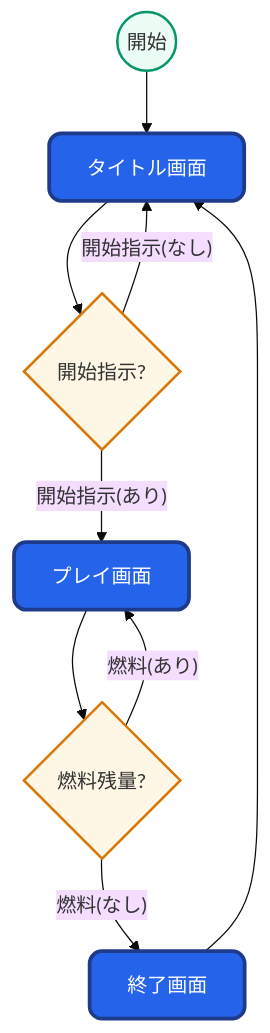
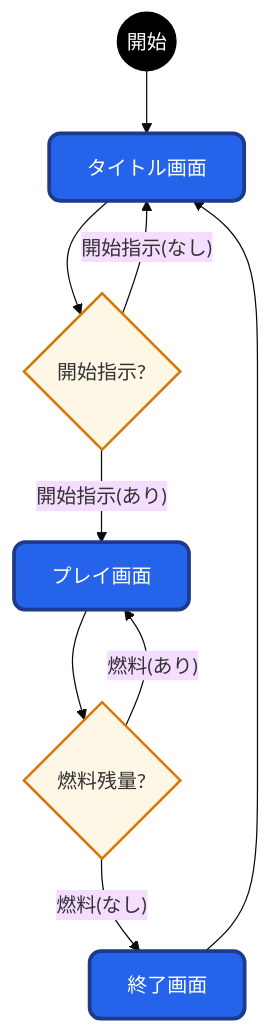
The third of 7 diagrams in ゲーム/01_MechBullets/README/30_シーン管理.MD (kureha001/MMP), drawn with Mermaid (base theme) before and after one commit. The commit also changed other lines of this file and 1 other file, not shown here.

````diff
--- a/ゲーム/01_MechBullets/README/30_シーン管理.MD
+++ b/ゲーム/01_MechBullets/README/30_シーン管理.MD
@@ -60,22 +67,27 @@
 ```mermaid
 flowchart TB
-classDef highlight fill:#2563eb,color:#ffffff,stroke:#1e3a8a,stroke-width:3px,rx:10,ry:10;
-classDef decision  fill:#fff7e6,stroke:#d97706,stroke-width:2px;
-classDef startNode fill:#ecfdf5,stroke:#059669,stroke-width:2px,rx:10,ry:10;
+%% ==== 書式 ====
+classDef 開始 fill:#000000,color:#ffffff,stroke:#000000;
+classDef 画面 fill:#2563eb,color:#ffffff,stroke:#1e3a8a,stroke-width:3px,rx:9,ry:9;
+classDef サブ fill:#e8f4ff,stroke:#2563eb,stroke-width:2px,rx:9,ry:9;
+classDef 処理 fill:#f5f5f5,stroke:#535353;
+classDef 分岐 fill:#fff7e6,stroke:#d97706,stroke-width:2px;
 
-start((開始)):::startNode;
-title[タイトル画面]:::highlight;
-choiceStart{開始指示?}:::decision;
-play[プレイ画面]:::highlight;
-choiceFuel{燃料残量?}:::decision;
-endScr[終了画面]:::highlight;
+%% ==== ノード ====
+start((開始)):::開始;
+title[タイトル画面]:::画面;
+choiceStart{開始指示?}:::分岐;
+play[プレイ画面]:::画面;
+choiceFuel{燃料残量?}:::分岐;
+endScr[終了画面]:::画面;
 
+%% ==== 処理順序 ====
 start --> title;
 title --> choiceStart;
 choiceStart -- 開始指示(なし) --> title;
 choiceStart -- 開始指示(あり) --> play;
 play --> choiceFuel;
 choiceFuel -- 燃料(あり) --> play;
 choiceFuel -- 燃料(なし) --> endScr;
 endScr --> title;
 ```
````
